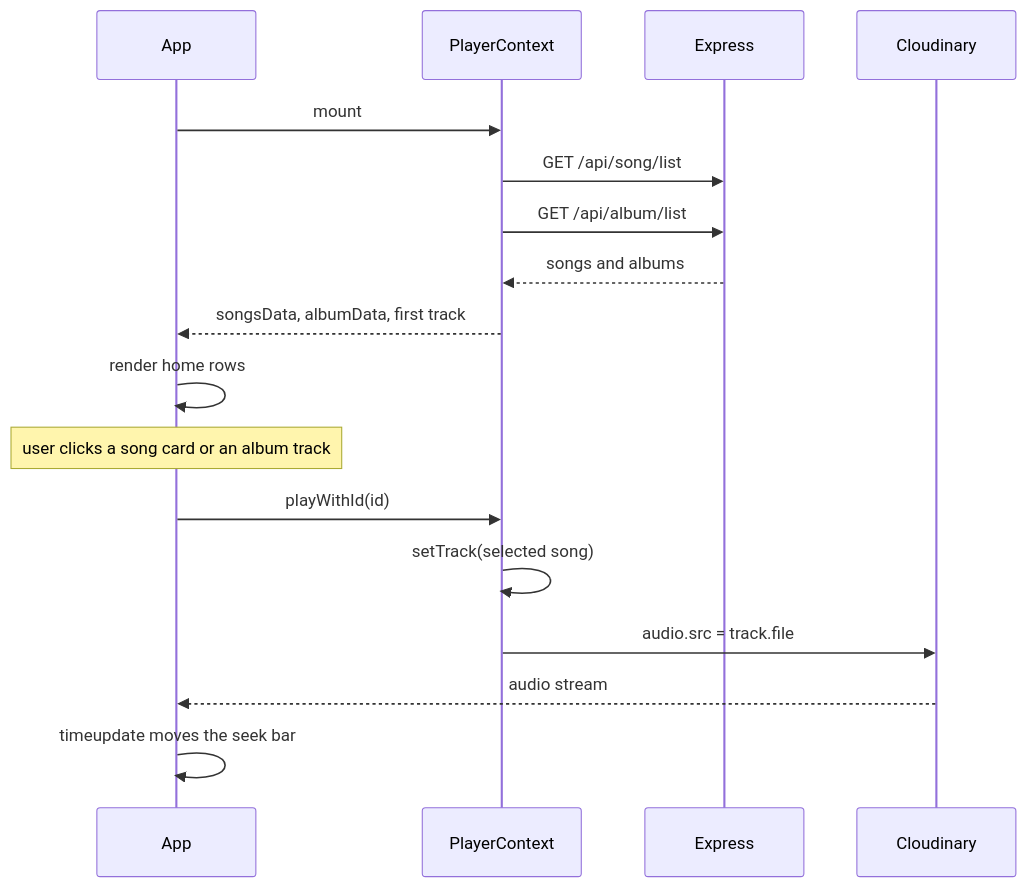
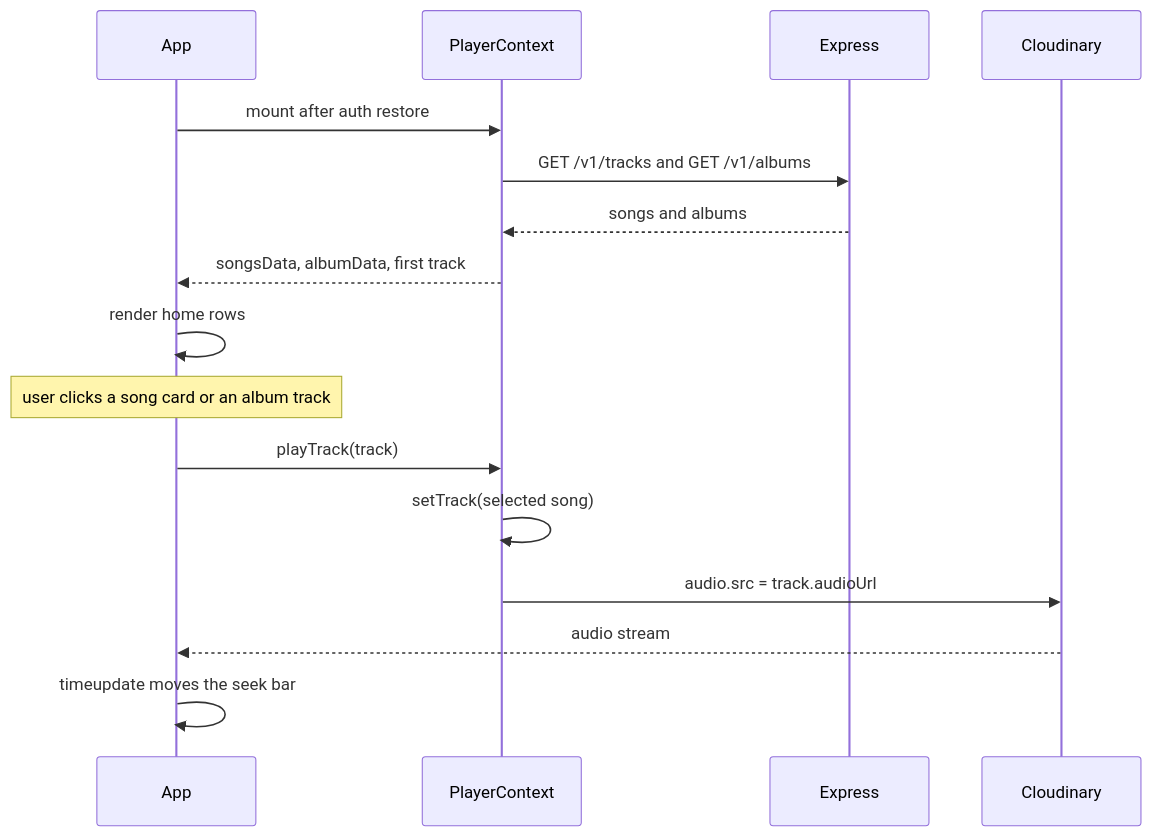
Before and after one commit to kuldeepsinghr/Spotify-clone: the fifth of 6 diagrams in ARCHITECTURE.md, drawn with Mermaid. The commit also changed other lines of this file and 45 other files, not shown here.

````diff
--- a/ARCHITECTURE.md
+++ b/ARCHITECTURE.md
@@ -159,20 +160,19 @@
 ```mermaid
 sequenceDiagram
   participant UI as App
   participant Ctx as PlayerContext
   participant API as Express
   participant CDN as Cloudinary
 
-  UI->>Ctx: mount
-  Ctx->>API: GET /api/song/list
-  Ctx->>API: GET /api/album/list
+  UI->>Ctx: mount after auth restore
+  Ctx->>API: GET /v1/tracks and GET /v1/albums
   API-->>Ctx: songs and albums
   Ctx-->>UI: songsData, albumData, first track
   UI->>UI: render home rows
   Note over UI: user clicks a song card or an album track
-  UI->>Ctx: playWithId(id)
+  UI->>Ctx: playTrack(track)
   Ctx->>Ctx: setTrack(selected song)
-  Ctx->>CDN: audio.src = track.file
+  Ctx->>CDN: audio.src = track.audioUrl
   CDN-->>UI: audio stream
   UI->>UI: timeupdate moves the seek bar
 ```
````
